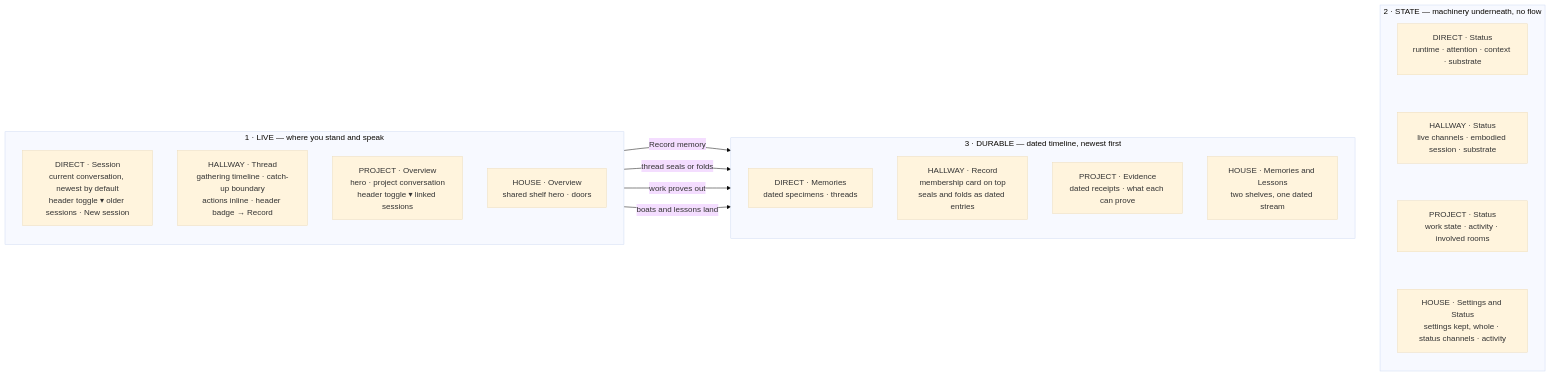
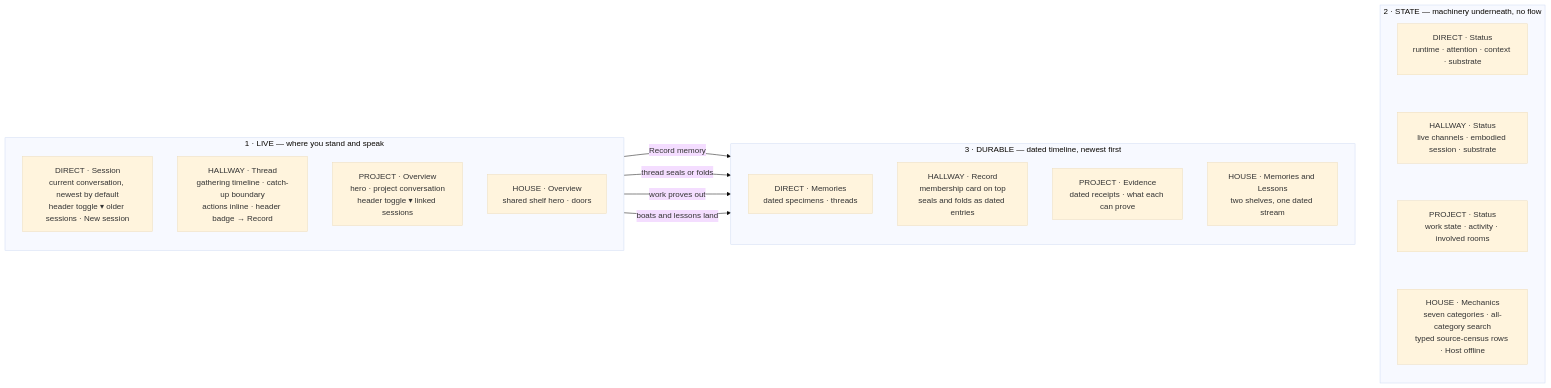
One commit to solarisael/the-athanor changed the second of 2 diagrams in gui-prototype/NAVIGATION_MAP.md. Above: the diagram before and after it, drawn with Mermaid (base theme). The commit also changed other lines of this file and 9 other files, not shown here.

````diff
--- a/gui-prototype/NAVIGATION_MAP.md
+++ b/gui-prototype/NAVIGATION_MAP.md
@@ -46,37 +46,37 @@
 ```mermaid
 flowchart LR
 
 subgraph LIVE["1 · LIVE — where you stand and speak"]
   direction TB
   dLive["DIRECT · Session<br>current conversation, newest by default<br>header toggle ▾ older sessions · New session"]
   hLive["HALLWAY · Thread<br>gathering timeline · catch-up boundary<br>actions inline · header badge → Record"]
   pLive["PROJECT · Overview<br>hero · project conversation<br>header toggle ▾ linked sessions"]
   houseLive["HOUSE · Overview<br>shared shelf hero · doors"]
 end
 
 subgraph DUR["3 · DURABLE — dated timeline, newest first"]
   direction TB
   dDur["DIRECT · Memories<br>dated specimens · threads"]
   hDur["HALLWAY · Record<br>membership card on top<br>seals and folds as dated entries"]
   pDur["PROJECT · Evidence<br>dated receipts · what each can prove"]
   houseDur["HOUSE · Memories and Lessons<br>two shelves, one dated stream"]
 end
 
 subgraph STATE["2 · STATE — machinery underneath, no flow"]
   direction TB
   dState["DIRECT · Status<br>runtime · attention · context · substrate"]
   hState["HALLWAY · Status<br>live channels · embodied session · substrate"]
   pState["PROJECT · Status<br>work state · activity · involved rooms"]
-  houseState["HOUSE · Settings and Status<br>settings kept, whole · status channels · activity"]
+  houseState["HOUSE · Mechanics<br>seven categories · all-category search<br>typed source-census rows · Host offline"]
 end
 
 dState ~~~ hState ~~~ pState ~~~ houseState
 
 dLive -->|"Record memory"| dDur
 hLive -->|"thread seals or folds"| hDur
 pLive -->|"work proves out"| pDur
 houseLive -->|"boats and lessons land"| houseDur
 
 LIVE ~~~ DUR
 DUR ~~~ STATE
 ```
````
